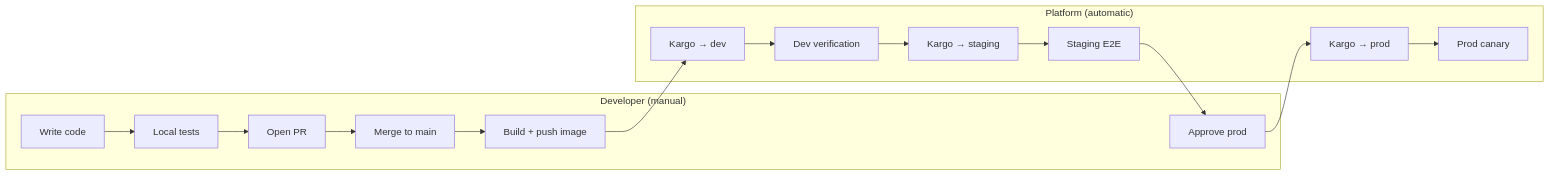
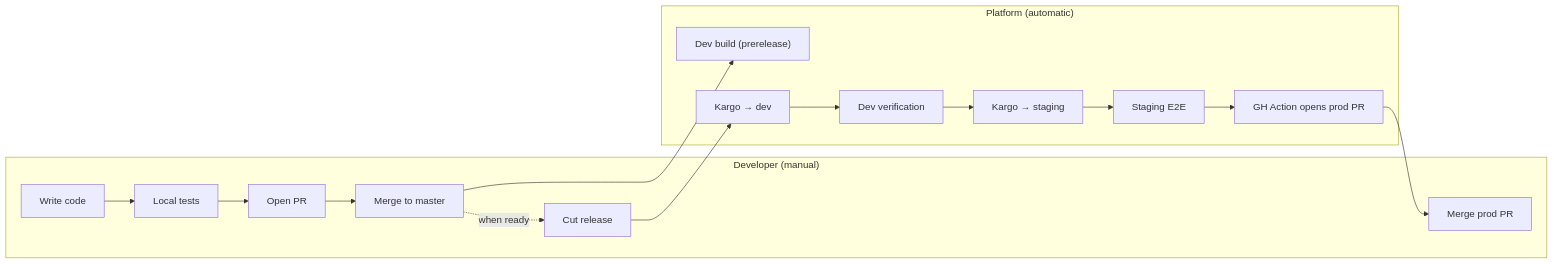
Before and after one commit to AaronRoethe/homelab: the first of 2 diagrams in docs/infra/deployment-lifecycle.md, drawn with Mermaid. The commit also changed other lines of this file and 14 other files, not shown here.

````diff
--- a/docs/infra/deployment-lifecycle.md
+++ b/docs/infra/deployment-lifecycle.md
@@ -8,24 +8,24 @@
 ```mermaid
 flowchart LR
     subgraph developer["Developer (manual)"]
         code["Write code"]
         test["Local tests"]
         pr["Open PR"]
-        merge["Merge to main"]
-        build["Build + push image"]
-        approve["Approve prod"]
+        merge["Merge to master"]
+        release["Cut release"]
+        approve["Merge prod PR"]
     end
 
     subgraph platform["Platform (automatic)"]
+        dev_build["Dev build (prerelease)"]
         kargo_dev["Kargo → dev"]
         verify_dev["Dev verification"]
         kargo_stg["Kargo → staging"]
         verify_stg["Staging E2E"]
-        kargo_prod["Kargo → prod"]
-        verify_prod["Prod canary"]
+        prod_pr["GH Action opens prod PR"]
     end
 
-    code --> test --> pr --> merge --> build
-    build --> kargo_dev --> verify_dev --> kargo_stg --> verify_stg --> approve
-    approve --> kargo_prod --> verify_prod
+    code --> test --> pr --> merge --> dev_build
+    merge -.->|"when ready"| release
+    release --> kargo_dev --> verify_dev --> kargo_stg --> verify_stg --> prod_pr --> approve
 ```
````
